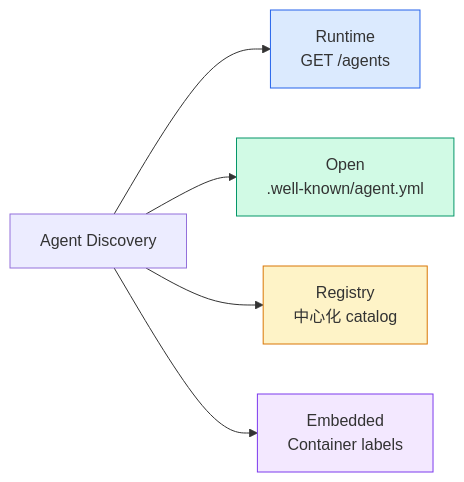
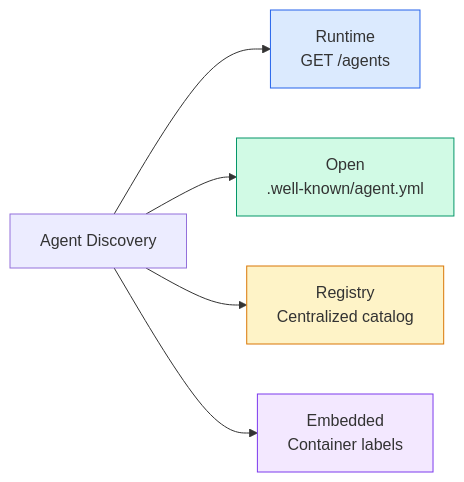
The sixth of 13 diagrams in phases/16-multi-agent-and-swarms/03-communication-protocols/docs/en.md (cluster1900/ai-engineering-from-scratch-zh), drawn with Mermaid before and after one commit. The commit also changed other lines of this file and 155 other files, not shown here.

````diff
--- a/phases/16-multi-agent-and-swarms/03-communication-protocols/docs/en.md
+++ b/phases/16-multi-agent-and-swarms/03-communication-protocols/docs/en.md
@@ -308,12 +310,12 @@
 ```mermaid
 graph LR
     A[Agent Discovery] --> B["Runtime<br/>GET /agents"]
     A --> C["Open<br/>.well-known/agent.yml"]
-    A --> D["Registry<br/>中心化 catalog"]
+    A --> D["Registry<br/>Centralized catalog"]
     A --> E["Embedded<br/>Container labels"]
 
     style B fill:#dbeafe,stroke:#2563eb
     style C fill:#d1fae5,stroke:#059669
     style D fill:#fef3c7,stroke:#d97706
     style E fill:#f3e8ff,stroke:#7c3aed
 ```
````
